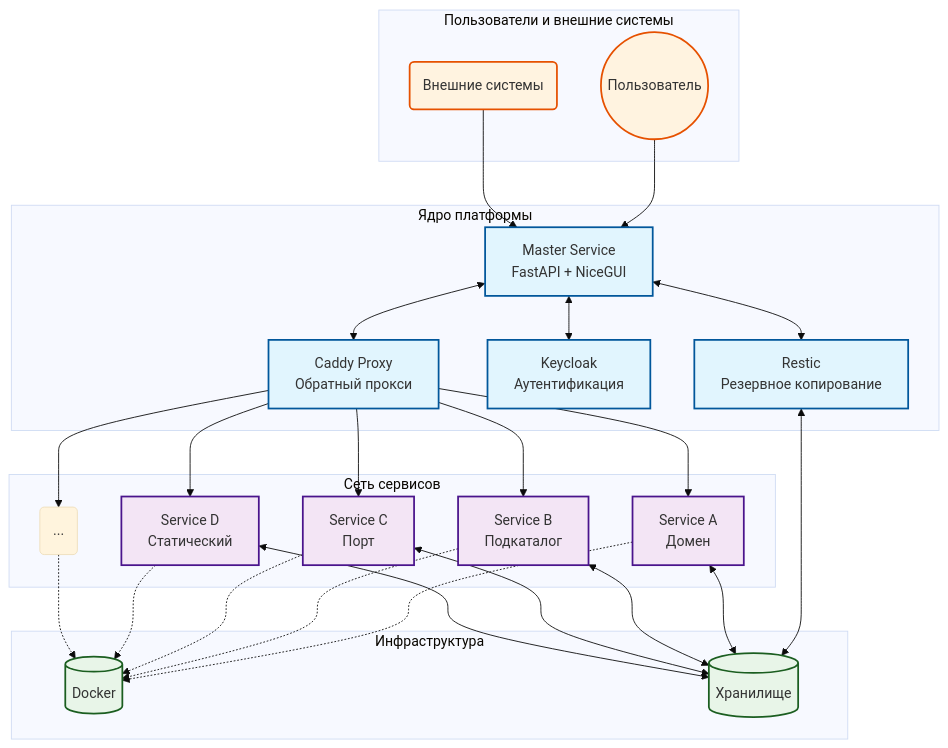
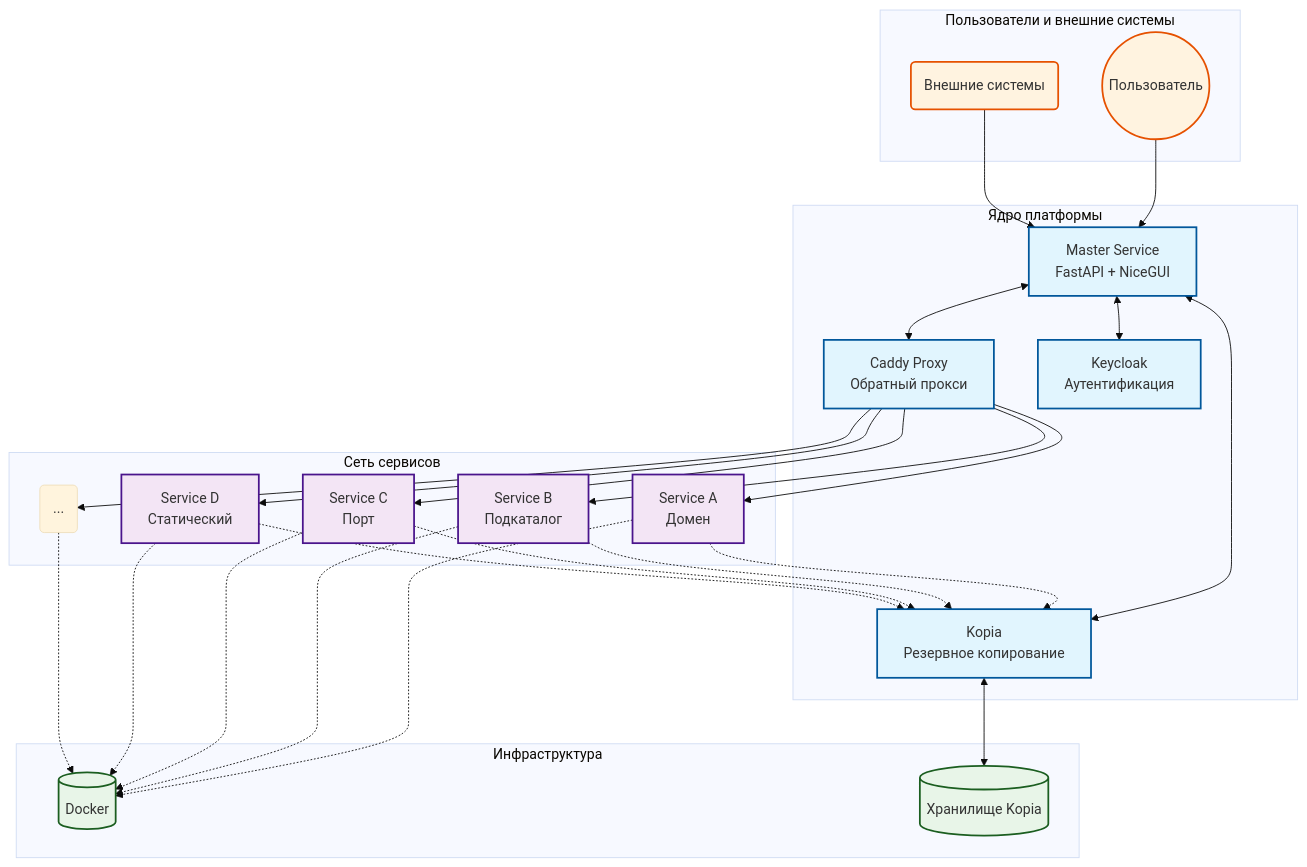
Before and after one commit to urfu-online/apps-service: the diagram in docs/architecture.md, drawn with Mermaid (base theme). The commit also changed other lines of this file and 8 other files, not shown here.

````diff
--- a/docs/architecture.md
+++ b/docs/architecture.md
@@ -101,69 +115,69 @@
 ```mermaid
 graph TB
     subgraph "Пользователи и внешние системы"
         User((Пользователь))
         External(Внешние системы)
     end
 
     subgraph "Ядро платформы"
         Master[Master Service<br/>FastAPI + NiceGUI]
         Caddy[Caddy Proxy<br/>Обратный прокси]
         Keycloak[Keycloak<br/>Аутентификация]
-        Restic[Restic<br/>Резервное копирование]
+        Kopia[Kopia<br/>Резервное копирование]
     end
 
     subgraph "Сеть сервисов"
         ServiceA[Service A<br/>Домен]
         ServiceB[Service B<br/>Подкаталог]
         ServiceC[Service C<br/>Порт]
         ServiceD[Service D<br/>Статический]
         ServicesDot(...)
     end
 
     subgraph "Инфраструктура"
         Docker[(Docker)]
-        Storage[(Хранилище)]
+        Storage[(Хранилище Kopia)]
     end
 
     %% Потоки управления
     User --> Master
     External --> Master
     
     %% Взаимодействие между компонентами ядра
     Master <--> Caddy
     Master <--> Keycloak
-    Master <--> Restic
+    Master <--> Kopia
     
     %% Маршрутизация трафика
     Caddy --> ServiceA
     Caddy --> ServiceB
     Caddy --> ServiceC
     Caddy --> ServiceD
     Caddy --> ServicesDot
     
     %% Контейнеризация
     ServiceA -.-> Docker
     ServiceB -.-> Docker
     ServiceC -.-> Docker
     ServiceD -.-> Docker
     ServicesDot -.-> Docker
     
     %% Хранилище для бэкапов
-    Restic <--> Storage
+    Kopia <--> Storage
     
-    %% Связь сервисов с хранилищем
-    ServiceA <--> Storage
-    ServiceB <--> Storage
-    ServiceC <--> Storage
-    ServiceD <--> Storage
+    %% Связь сервисов с хранилищем (бэкапы)
+    ServiceA -.-> Kopia
+    ServiceB -.-> Kopia
+    ServiceC -.-> Kopia
+    ServiceD -.-> Kopia
     
     classDef core fill:#e1f5fe,stroke:#01579b,stroke-width:2px
     classDef services fill:#f3e5f5,stroke:#4a148c,stroke-width:2px
     classDef infrastructure fill:#e8f5e8,stroke:#1b5e20,stroke-width:2px
     classDef external fill:#fff3e0,stroke:#e65100,stroke-width:2px
     
-    class Master,Caddy,Keycloak,Restic core
+    class Master,Caddy,Keycloak,Kopia core
     class ServiceA,ServiceB,ServiceC,ServiceD,SERVICESDOT services
     class Docker,Storage infrastructure
     class User,External external
 ```
````
